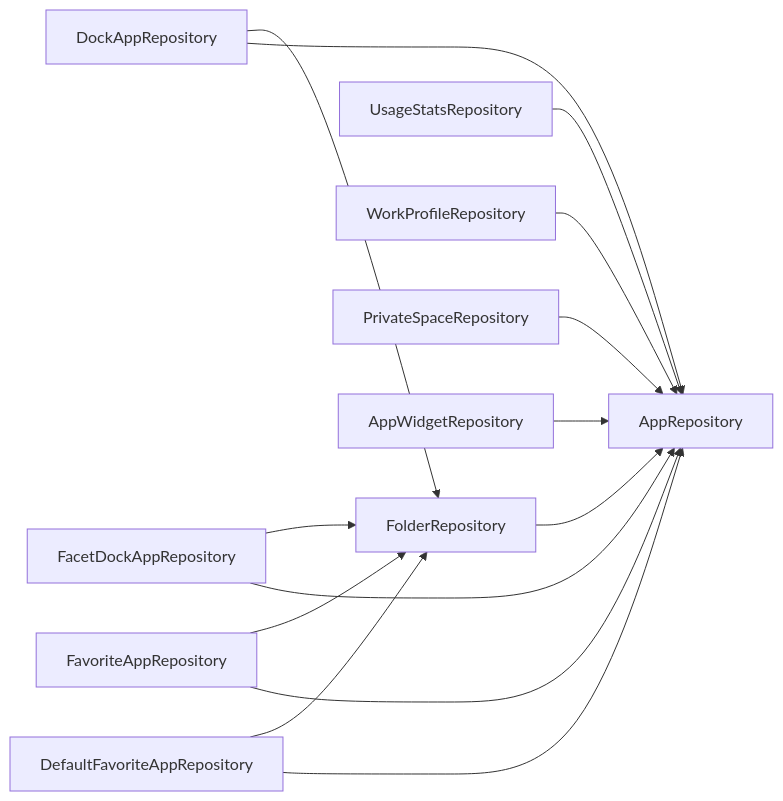
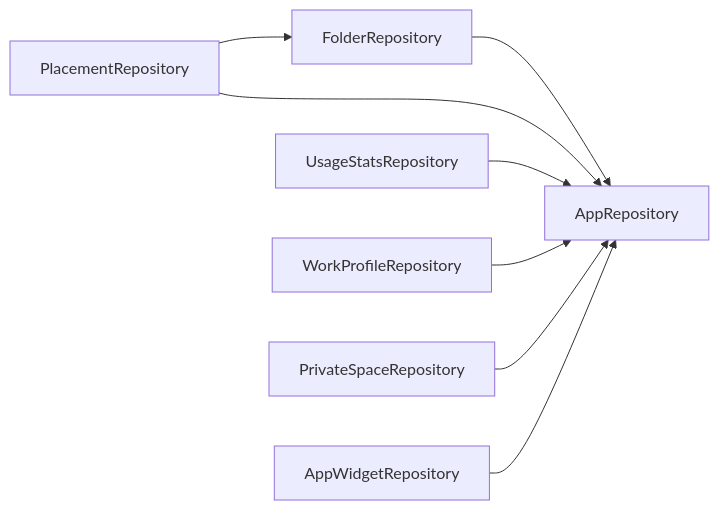
The diagram in docs/architecture/07-registries.md (rohitganjam/facet-launcher), drawn with Mermaid before and after one commit. The commit also changed other lines of this file and 113 other files, not shown here.

````diff
--- a/docs/architecture/07-registries.md
+++ b/docs/architecture/07-registries.md
@@ -65,17 +62,11 @@
 ```mermaid
 flowchart LR
     AR[AppRepository]
     FOR[FolderRepository] --> AR
-    DAR[DockAppRepository] --> FOR
-    DAR --> AR
-    FDAR[FacetDockAppRepository] --> FOR
-    FDAR --> AR
-    FAR[FavoriteAppRepository] --> FOR
-    FAR --> AR
-    DFAR[DefaultFavoriteAppRepository] --> FOR
-    DFAR --> AR
+    PR[PlacementRepository] --> FOR
+    PR --> AR
     USR[UsageStatsRepository] --> AR
     WPR[WorkProfileRepository] --> AR
     PSR[PrivateSpaceRepository] --> AR
     AWR[AppWidgetRepository] --> AR
 ```
````
